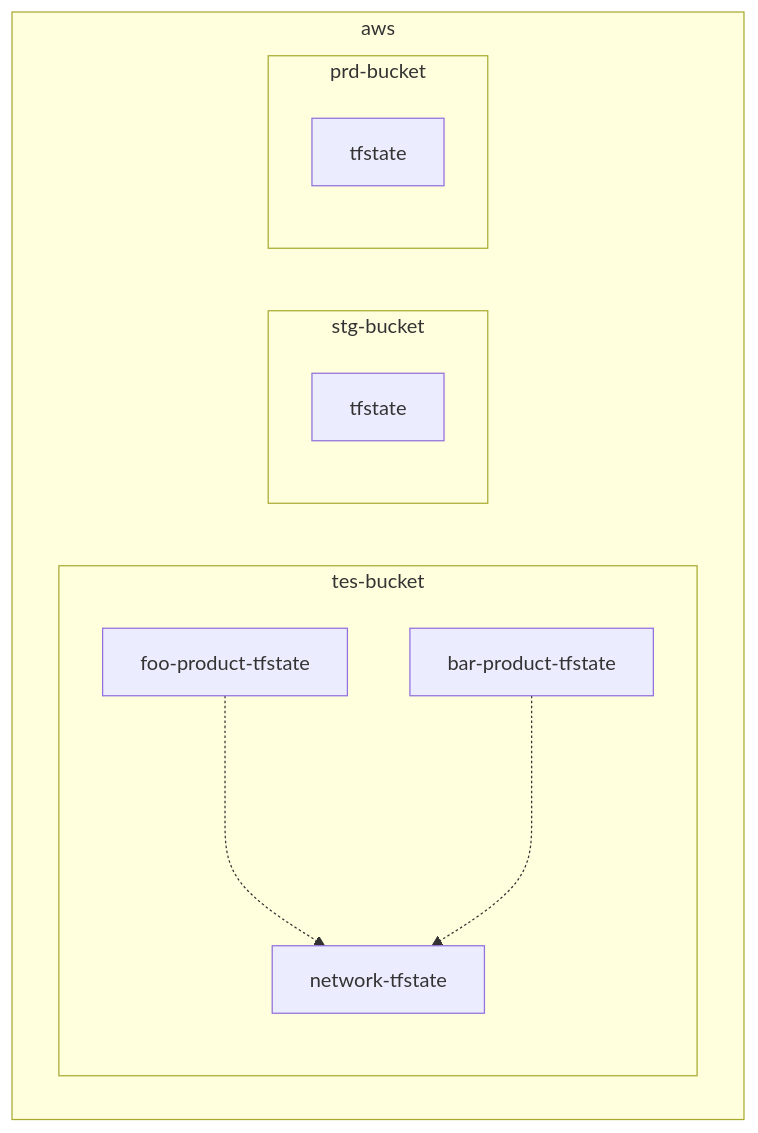
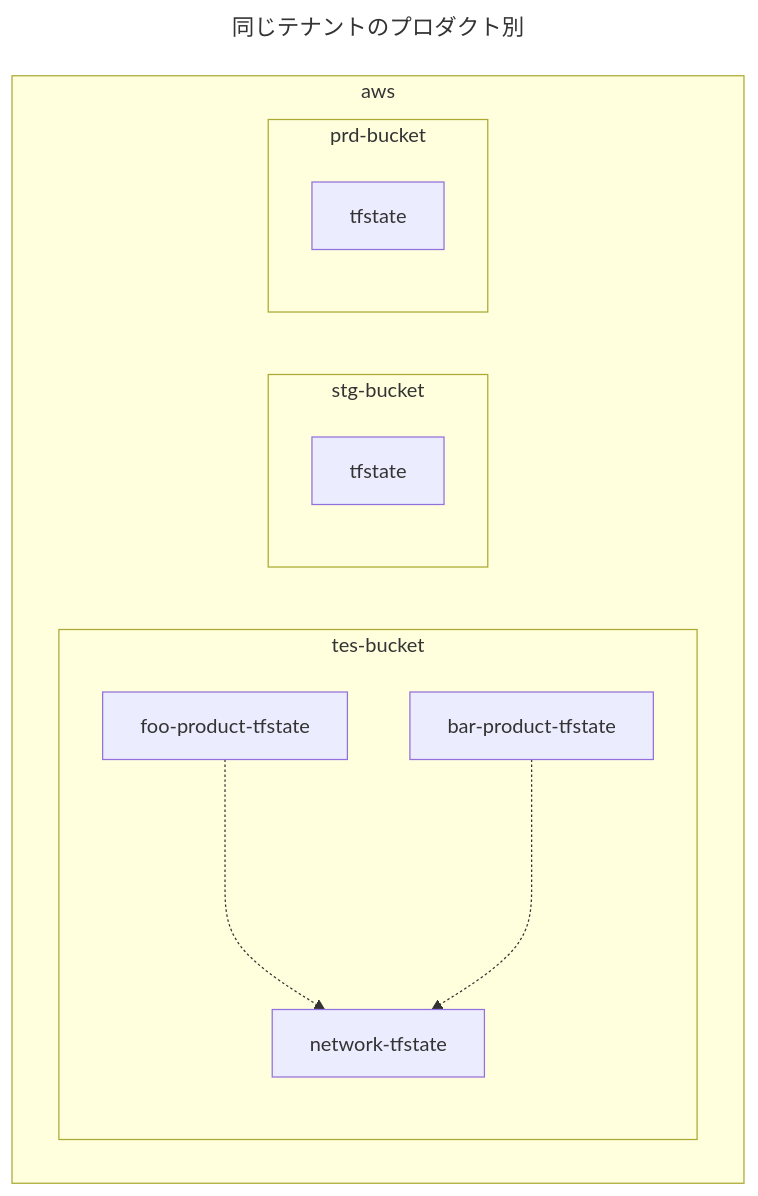
Before and after one commit to hiroki-it/hatenablog: the seventh of 12 diagrams in dist/draft/Terraformのtfstateファイルの分割手法.md, drawn with Mermaid. The commit also changed other lines of this file, not shown here.

````diff
--- a/dist/draft/Terraformのtfstateファイルの分割手法.md
+++ b/dist/draft/Terraformのtfstateファイルの分割手法.md
@@ -947,17 +950,20 @@
 ```mermaid
+---
+title: 同じテナントのプロダクト別
+---
 %%{init:{'theme':'natural'}}%%
 flowchart TB
     subgraph aws
         subgraph tes-bucket
             Foo[foo-product-tfstate]-..->Network
             Bar[bar-product-tfstate]-..->Network
             Network[network-tfstate]
         end
     subgraph stg-bucket
         Stg[tfstate]
     end
     subgraph prd-bucket
         Prd[tfstate]
     end
     end
 ```
````
